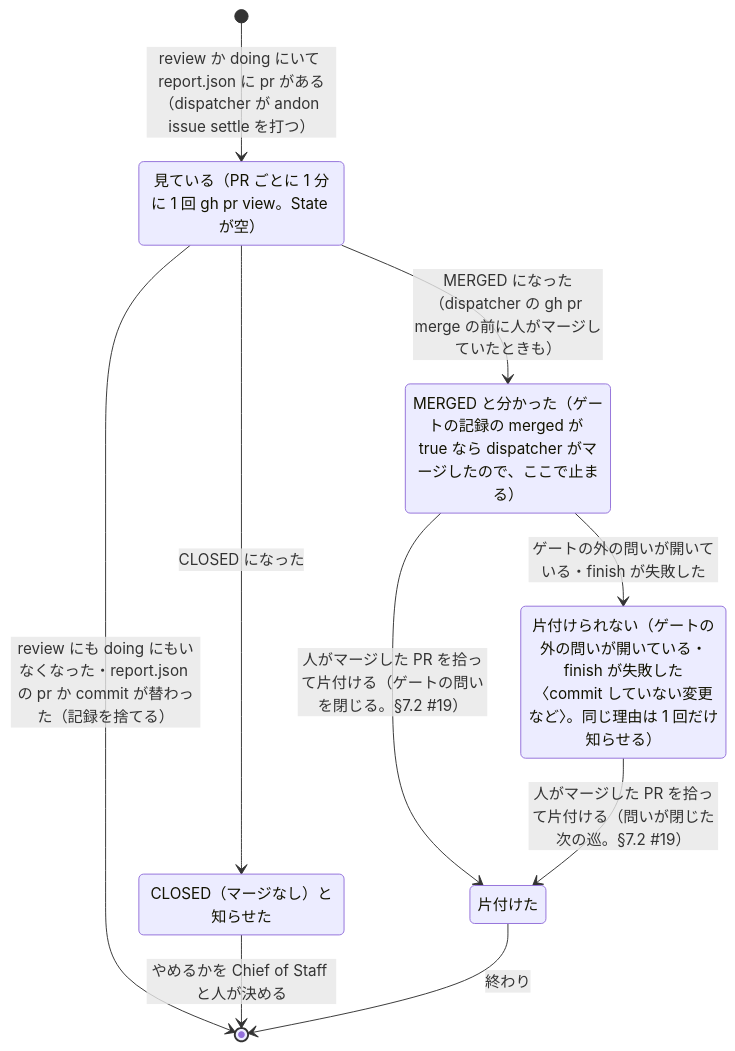
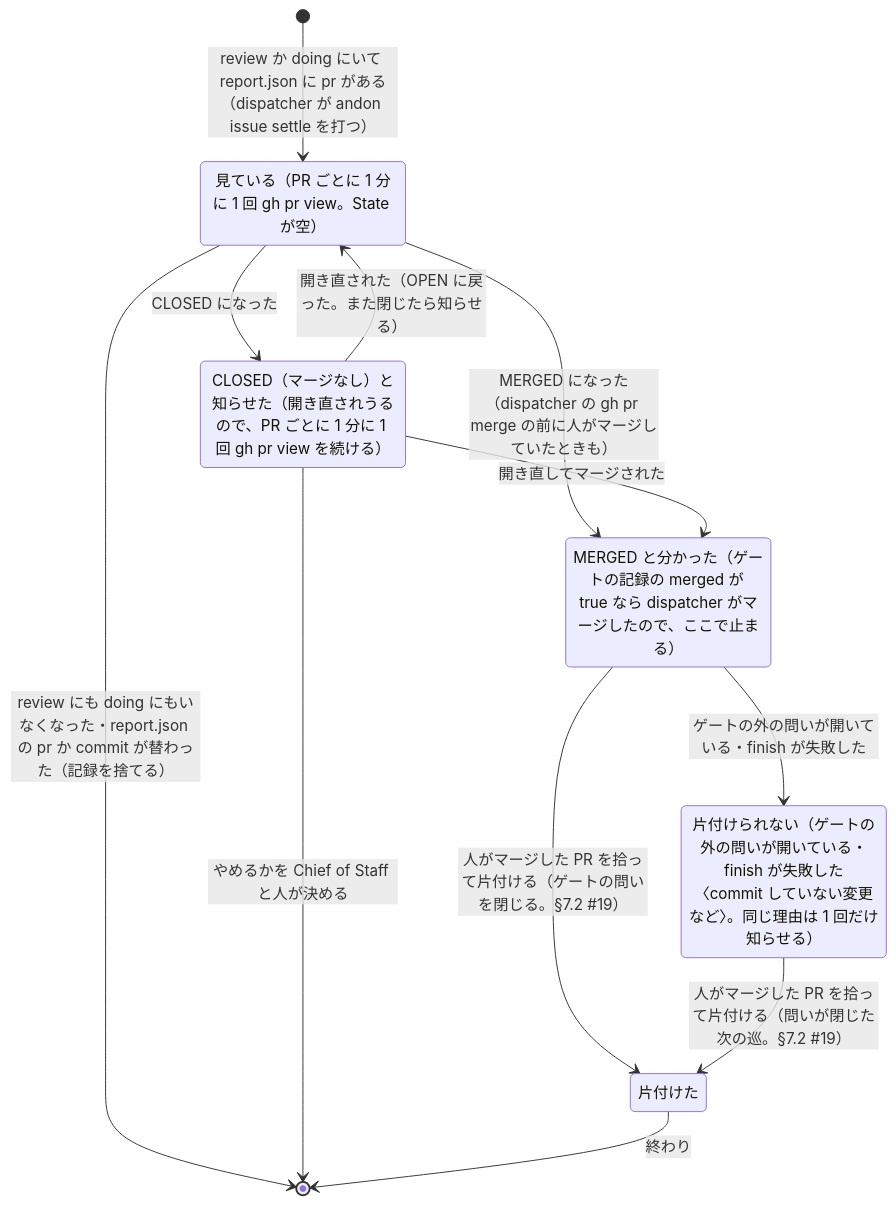
Before and after one commit to mitaku/andon: the diagram in docs/process/human-merge.md, drawn with Mermaid. The commit also changed other lines of this file and 8 other files, not shown here.

````diff
--- a/docs/process/human-merge.md
+++ b/docs/process/human-merge.md
@@ -9,17 +9,19 @@
 ```mermaid
 stateDiagram-v2
   state "見ている（PR ごとに 1 分に 1 回 gh pr view。State が空）" as s_watching
   state "MERGED と分かった（ゲートの記録の merged が true なら dispatcher がマージしたので、ここで止まる）" as s_merged
-  state "CLOSED（マージなし）と知らせた" as s_closed
+  state "CLOSED（マージなし）と知らせた（開き直されうるので、PR ごとに 1 分に 1 回 gh pr view を続ける）" as s_closed
   state "片付けられない（ゲートの外の問いが開いている・finish が失敗した〈commit していない変更など〉。同じ理由は 1 回だけ知らせる）" as s_held
   state "片付けた" as s_finished
   [*] --> s_watching: review か doing にいて report.json に pr がある（dispatcher が andon issue settle を打つ）
   s_watching --> s_merged: MERGED になった（dispatcher の gh pr merge の前に人がマージしていたときも）
   s_watching --> s_closed: CLOSED になった
   s_merged --> s_finished: 人がマージした PR を拾って片付ける（ゲートの問いを閉じる。§7.2 #19）
   s_merged --> s_held: ゲートの外の問いが開いている・finish が失敗した
   s_held --> s_finished: 人がマージした PR を拾って片付ける（問いが閉じた次の巡。§7.2 #19）
   s_watching --> [*]: review にも doing にもいなくなった・report.json の pr か commit が替わった（記録を捨てる）
+  s_closed --> s_watching: 開き直された（OPEN に戻った。また閉じたら知らせる）
+  s_closed --> s_merged: 開き直してマージされた
   s_closed --> [*]: やめるかを Chief of Staff と人が決める
   s_finished --> [*]: 終わり
 ```
````
